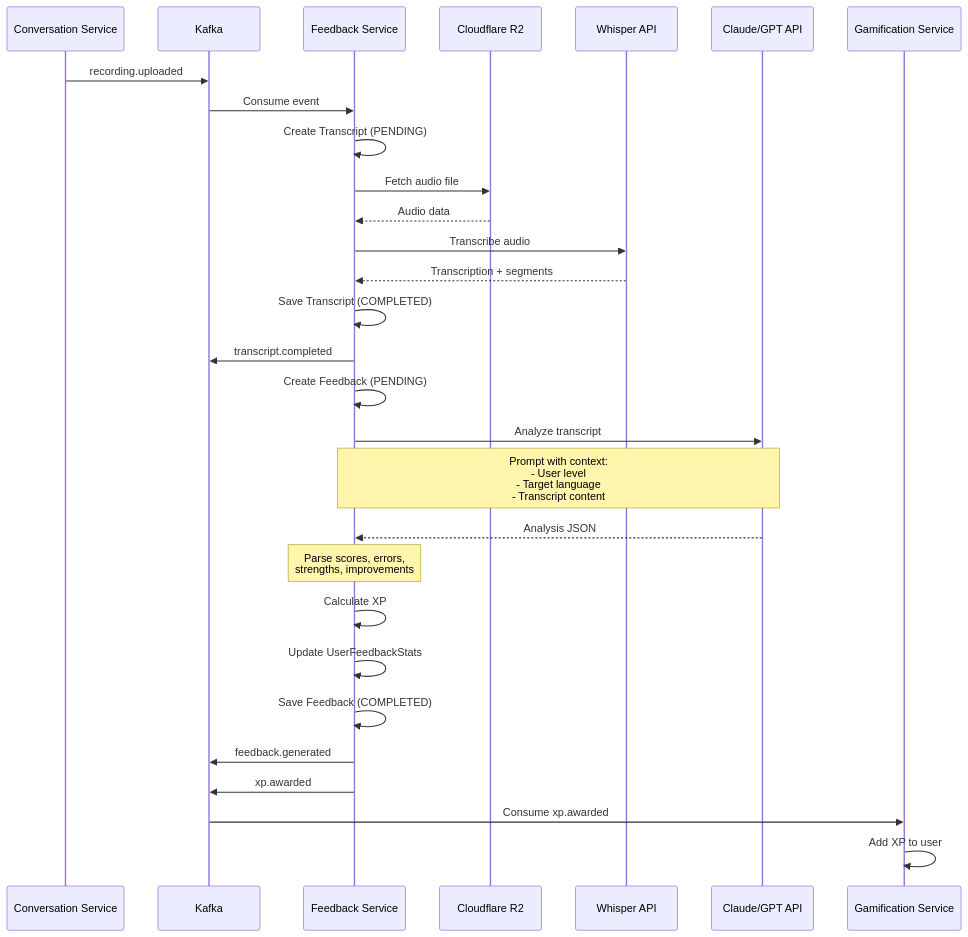
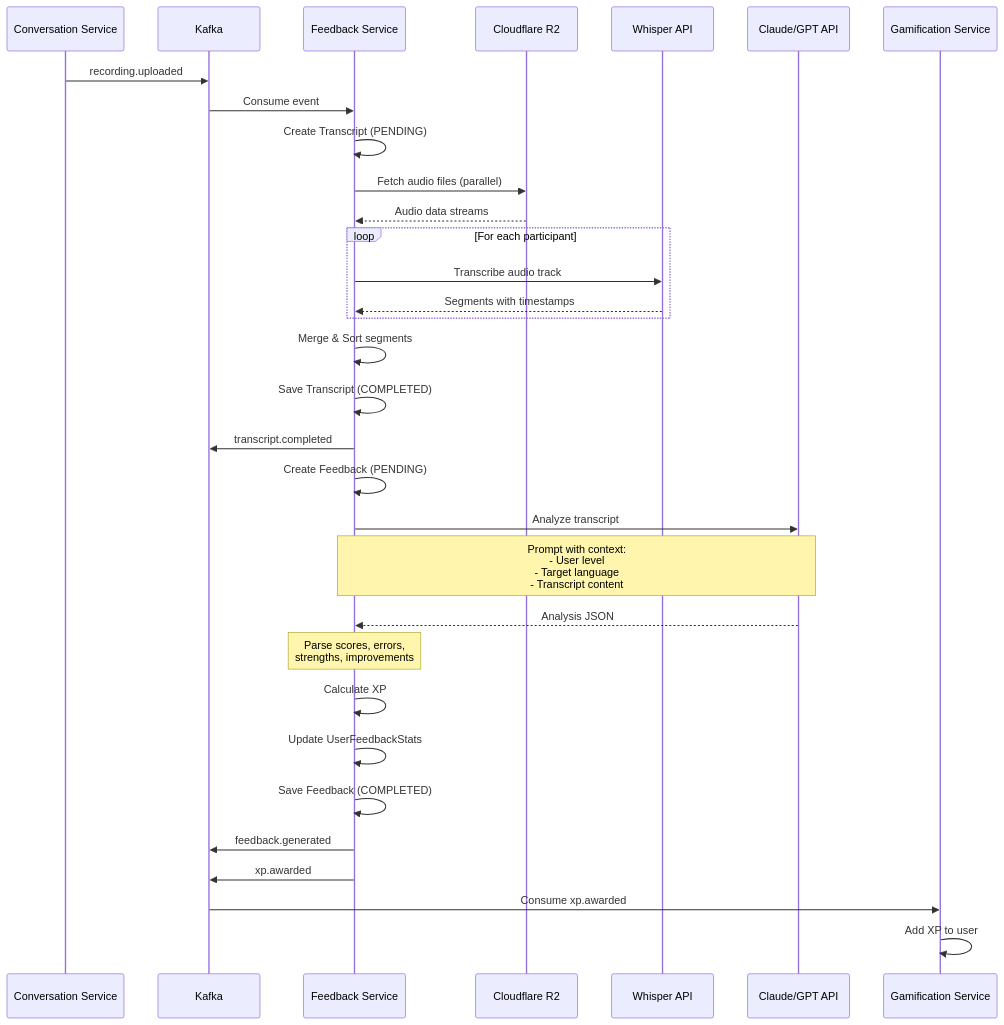
One commit to we-speak-org/wespeak-specifications changed the second of 6 diagrams in 04-feedback-service/DIAGRAMS.md. Above: the diagram before and after it, drawn with Mermaid. The commit also changed 10 other files, not shown here.

Commit message:
docs: update feedback-service specs for multi-track audio processing

````diff
--- a/04-feedback-service/DIAGRAMS.md
+++ b/04-feedback-service/DIAGRAMS.md
@@ -82,40 +82,44 @@
 ```mermaid
 sequenceDiagram
     participant CS as Conversation Service
     participant Kafka as Kafka
     participant FS as Feedback Service
     participant R2 as Cloudflare R2
     participant Whisper as Whisper API
     participant LLM as Claude/GPT API
     participant GS as Gamification Service
 
     CS->>Kafka: recording.uploaded
     Kafka->>FS: Consume event
     
     FS->>FS: Create Transcript (PENDING)
-    FS->>R2: Fetch audio file
-    R2-->>FS: Audio data
+    FS->>R2: Fetch audio files (parallel)
+    R2-->>FS: Audio data streams
     
-    FS->>Whisper: Transcribe audio
-    Whisper-->>FS: Transcription + segments
+    loop For each participant
+        FS->>Whisper: Transcribe audio track
+        Whisper-->>FS: Segments with timestamps
+    end
+
+    FS->>FS: Merge & Sort segments
     
     FS->>FS: Save Transcript (COMPLETED)
     FS->>Kafka: transcript.completed
     
     FS->>FS: Create Feedback (PENDING)
     FS->>LLM: Analyze transcript
     Note over FS,LLM: Prompt with context:<br/>- User level<br/>- Target language<br/>- Transcript content
     
     LLM-->>FS: Analysis JSON
     Note over FS: Parse scores, errors,<br/>strengths, improvements
     
     FS->>FS: Calculate XP
     FS->>FS: Update UserFeedbackStats
     FS->>FS: Save Feedback (COMPLETED)
     
     FS->>Kafka: feedback.generated
     FS->>Kafka: xp.awarded
     
     Kafka->>GS: Consume xp.awarded
     GS->>GS: Add XP to user
 ```
````
